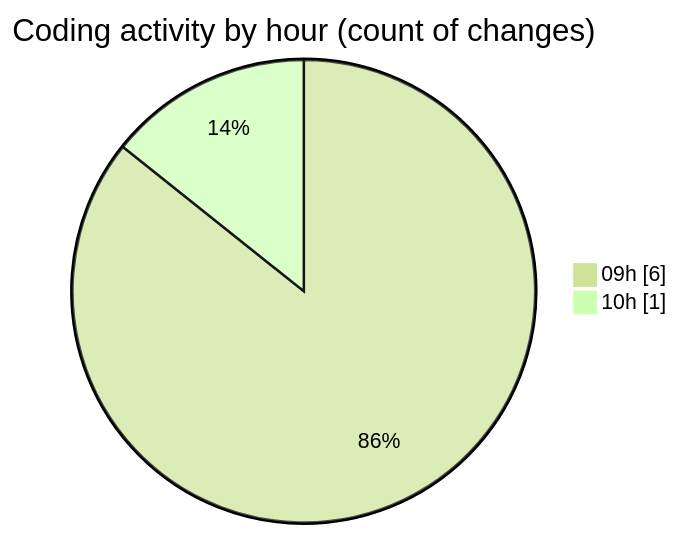
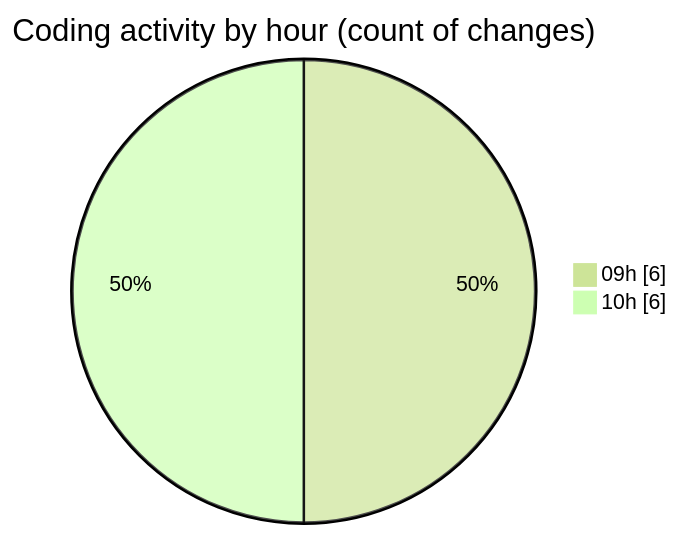
The second of 2 diagrams in 2025-05-09/cda/README.md (momahboobian/code-tracking), drawn with Mermaid (forest theme) before and after one commit. The commit also changed other lines of this file and 1 other file, not shown here.

````diff
--- a/2025-05-09/cda/README.md
+++ b/2025-05-09/cda/README.md
@@ -32,6 +33,6 @@
 ```mermaid
 pie showData
 title Coding activity by hour (count of changes)
 "09h" : 6
-"10h" : 1
+"10h" : 6
 ```
````
